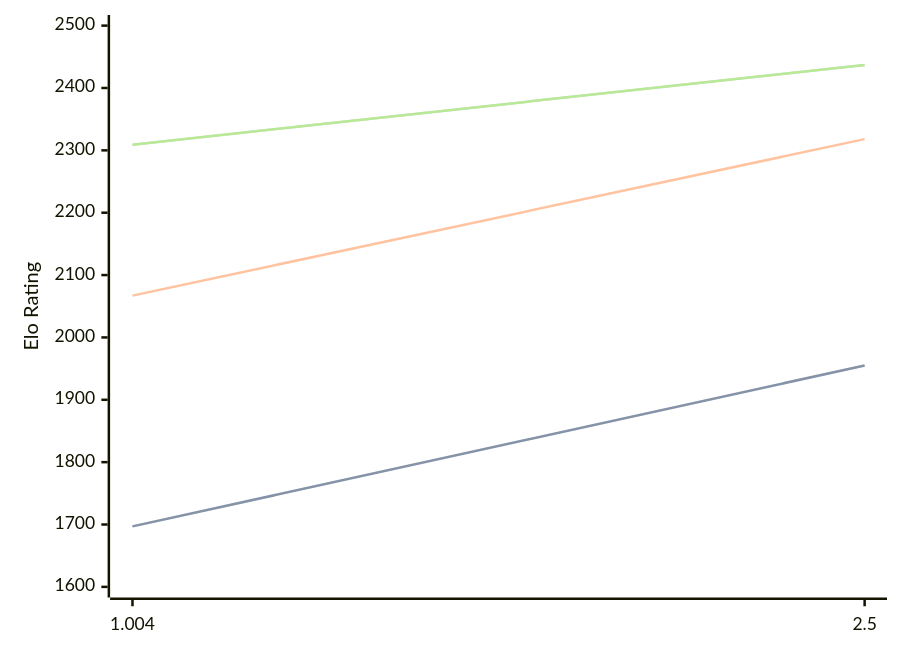
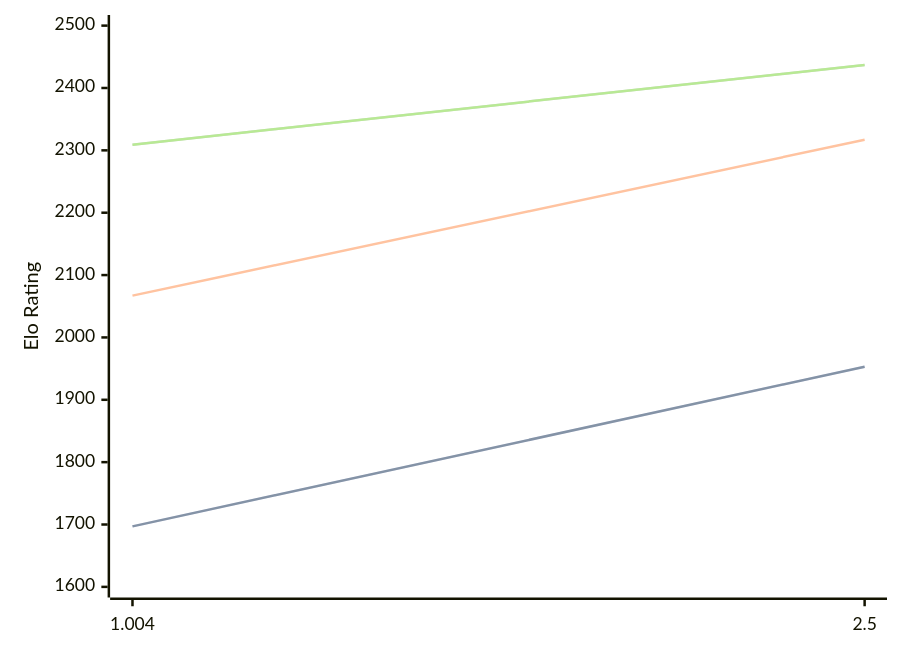
One commit to computer-chess-index/cci changed the first of 3 diagrams in engines/Ares.md. Above: the diagram before and after it, drawn with Mermaid. The commit also changed other lines of this file, not shown here.

````diff
--- a/engines/Ares.md
+++ b/engines/Ares.md
@@ -32,11 +32,11 @@
 ```mermaid
 %%{init: {"theme":"base","themeVariables":{"seriesColors:['#a3a3a3','#222221','#faa371']}}}%%
 xychart-beta
   x-axis ["1.004", "2.5"]
   y-axis "Elo Rating" 1600 --> 2500
-  line "STC (8.0+0.08s)" [1697, 1955]
-  line "STC (8.0+0.08s)" [1697, 1955]
-  line "LTC (60.0+0.60s)" [2067, 2318]
+  line "STC (8.0+0.08s)" [1697, 1953]
+  line "STC (8.0+0.08s)" [1697, 1953]
+  line "LTC (60.0+0.60s)" [2067, 2317]
   line "VLTC (2m24s+1.12s)" [2309, 2437]
   line "VLTC (2m24s+1.12s)" [2309, 2437]
 ```
````
